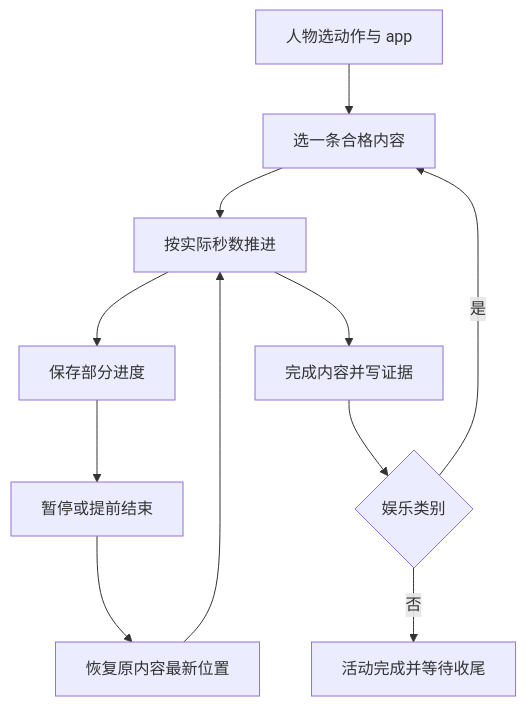
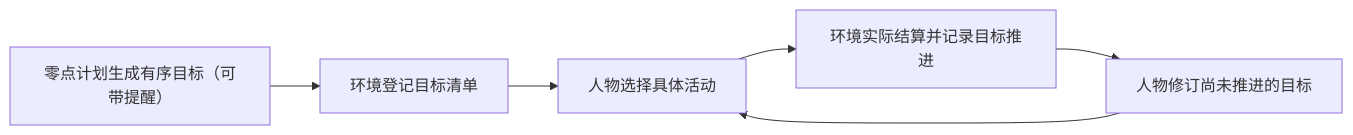
The fifth of 6 diagrams in docs/design/04-simulation-engine.md (HoldThatThgt/WorldMock), drawn with Mermaid before and after one commit. The commit also changed other lines of this file and 875 other files, not shown here.

````diff
--- a/docs/design/04-simulation-engine.md
+++ b/docs/design/04-simulation-engine.md
@@ -450,13 +1089,8 @@
 ```mermaid
-flowchart TD
-    Start[人物选动作与 app] --> Choose[选一条合格内容]
-    Choose --> Run[按实际秒数推进]
-    Run --> Partial[保存部分进度]
-    Run --> Complete[完成内容并写证据]
-    Complete --> Kind{娱乐类别}
-    Kind -->|是| Choose
-    Kind -->|否| End[活动完成并等待收尾]
-    Partial --> Pause[暂停或提前结束]
-    Pause --> Resume[恢复原内容最新位置]
-    Resume --> Run
+flowchart LR
+    A[零点计划生成有序目标（可带提醒）] --> B[环境登记目标清单]
+    B --> C[人物选择具体活动]
+    C --> D[环境实际结算并记录目标推进]
+    D --> E[人物修订尚未推进的目标]
+    E --> C
 ```
````
